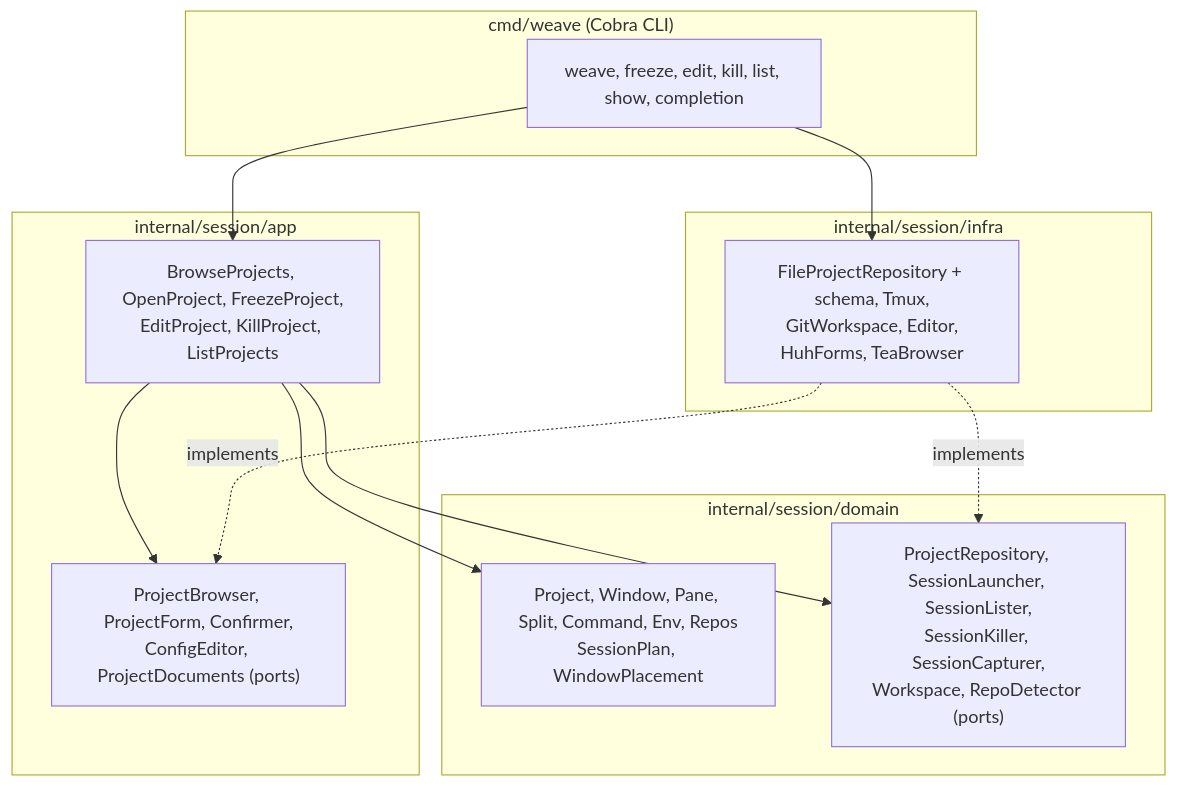
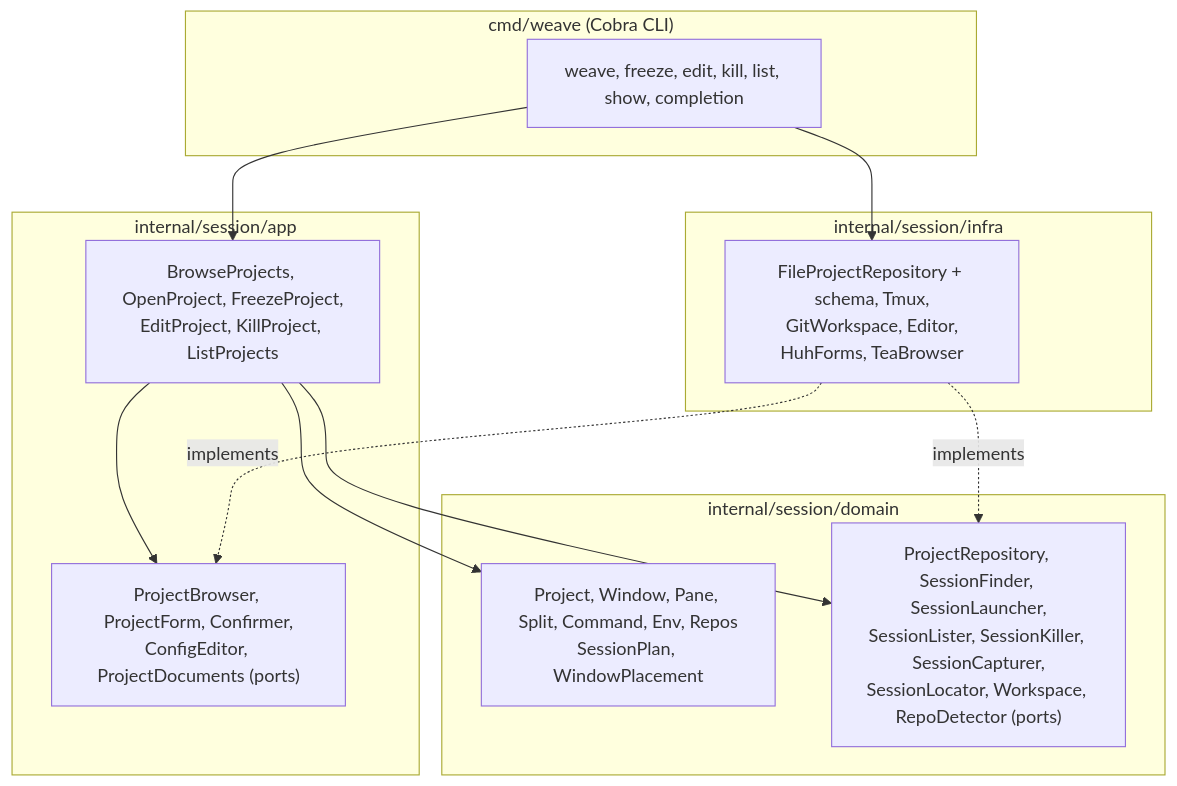
The diagram in README.md (medilies/weaver), drawn with Mermaid before and after one commit. The commit also changed other lines of this file and 3 other files, not shown here.

````diff
--- a/README.md
+++ b/README.md
@@ -201,25 +206,25 @@
 ```mermaid
 graph TD
     subgraph cmd["cmd/weave (Cobra CLI)"]
         CLI["weave, freeze, edit, kill, list, show, completion"]
     end
     subgraph app["internal/session/app"]
         UC["BrowseProjects, OpenProject, FreezeProject,<br/>EditProject, KillProject, ListProjects"]
         AP["ProjectBrowser, ProjectForm, Confirmer,<br/>ConfigEditor, ProjectDocuments (ports)"]
     end
     subgraph domain["internal/session/domain"]
         M["Project, Window, Pane, Split, Command, Env, Repos<br/>SessionPlan, WindowPlacement"]
-        DP["ProjectRepository, SessionLauncher, SessionLister,<br/>SessionKiller, SessionCapturer,<br/>Workspace, RepoDetector (ports)"]
+        DP["ProjectRepository, SessionFinder, SessionLauncher,<br/>SessionLister, SessionKiller, SessionCapturer,<br/>SessionLocator, Workspace, RepoDetector (ports)"]
     end
     subgraph infra["internal/session/infra"]
         A["FileProjectRepository + schema, Tmux,<br/>GitWorkspace, Editor,<br/>HuhForms, TeaBrowser"]
     end
 
     CLI --> UC
     CLI --> A
     UC --> M
     UC --> DP
     UC --> AP
     A -.implements.-> DP
     A -.implements.-> AP
 ```
````
